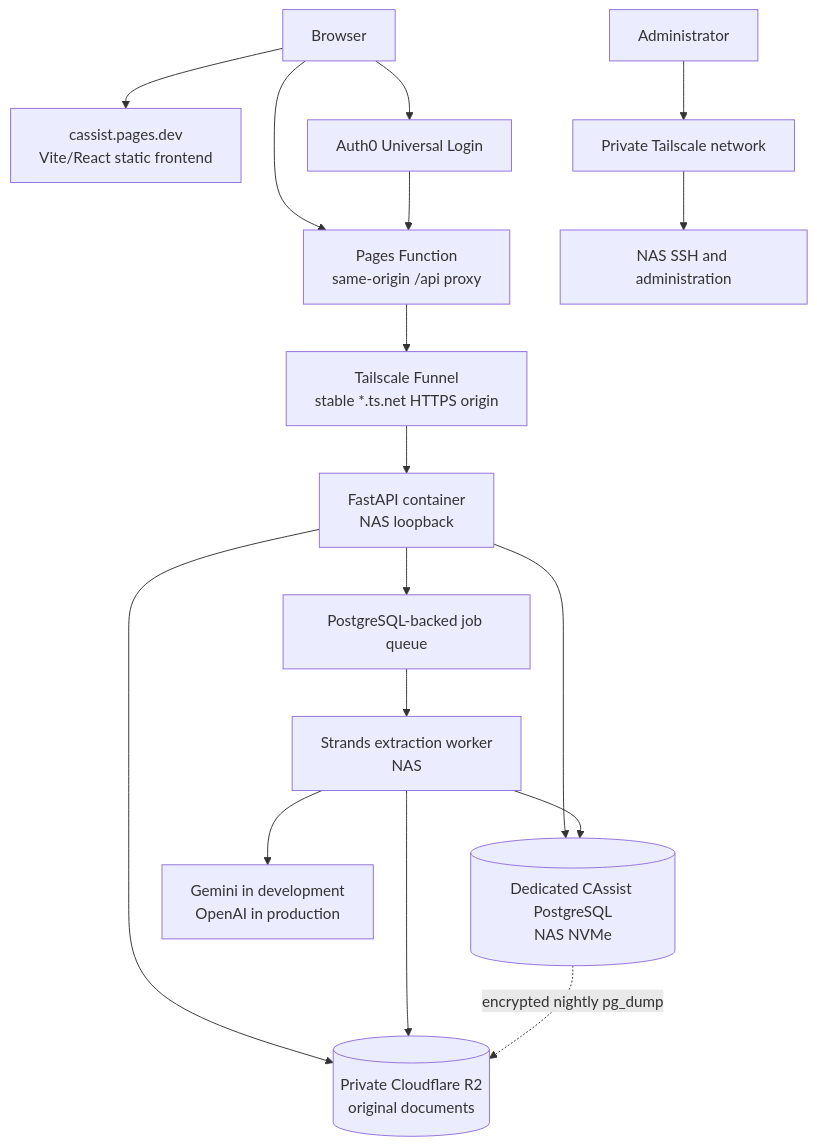
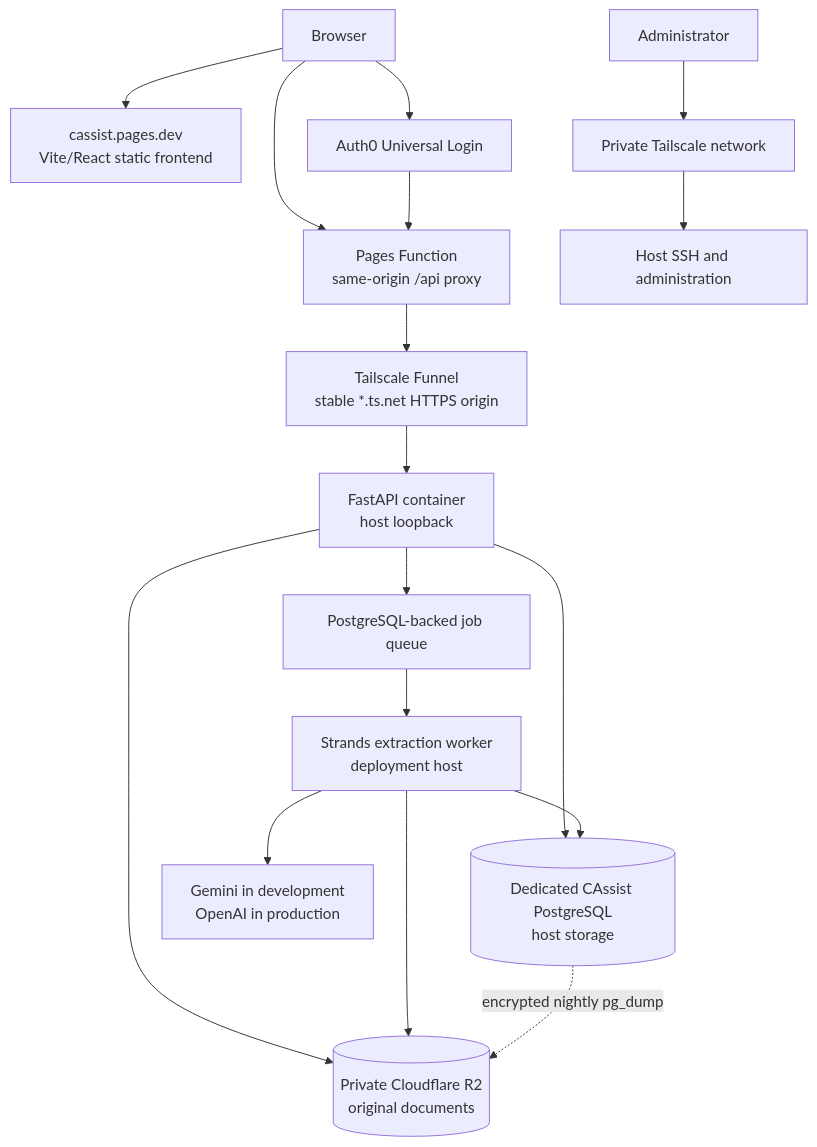
One commit to SriCharanGundla/CAssist changed the fourth of 4 diagrams in ARCHITECTURE.md. Above: the diagram before and after it, drawn with Mermaid. The commit also changed other lines of this file and 20 other files, not shown here.

````diff
--- a/ARCHITECTURE.md
+++ b/ARCHITECTURE.md
@@ -1265,19 +1264,19 @@
 ```mermaid
 flowchart TD
     USER["Browser"] --> PAGES["cassist.pages.dev<br/>Vite/React static frontend"]
     USER --> PROXY["Pages Function<br/>same-origin /api proxy"]
     USER --> AUTH0["Auth0 Universal Login"]
     AUTH0 --> PROXY
     PROXY --> FUNNEL["Tailscale Funnel<br/>stable *.ts.net HTTPS origin"]
-    FUNNEL --> API["FastAPI container<br/>NAS loopback"]
+    FUNNEL --> API["FastAPI container<br/>host loopback"]
     API --> QUEUE["PostgreSQL-backed job queue"]
-    QUEUE --> WORKER["Strands extraction worker<br/>NAS"]
-    API --> DB[("Dedicated CAssist PostgreSQL<br/>NAS NVMe")]
+    QUEUE --> WORKER["Strands extraction worker<br/>deployment host"]
+    API --> DB[("Dedicated CAssist PostgreSQL<br/>host storage")]
     WORKER --> DB
     API --> R2[("Private Cloudflare R2<br/>original documents")]
     WORKER --> R2
     WORKER --> MODELS["Gemini in development<br/>OpenAI in production"]
     DB -. "encrypted nightly pg_dump" .-> R2
     ADMIN["Administrator"] --> TAILSCALE["Private Tailscale network"]
-    TAILSCALE --> NASADMIN["NAS SSH and administration"]
+    TAILSCALE --> HOSTADMIN["Host SSH and administration"]
 ```
````
